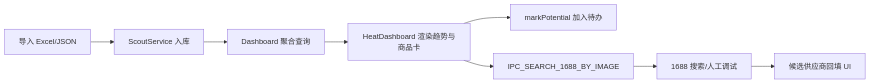
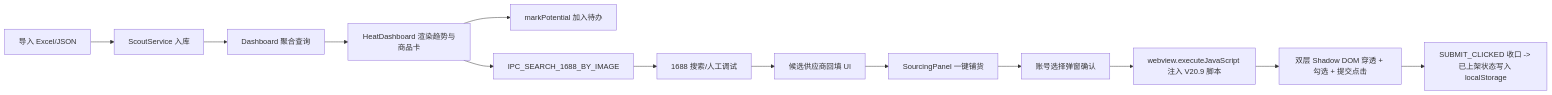
Before and after one commit to zizi5688/cms: the third of 4 diagrams in docs/architecture.md, drawn with Mermaid. The commit also changed other lines of this file and 15 other files, not shown here.

````diff
--- a/docs/architecture.md
+++ b/docs/architecture.md
@@ -65,10 +66,15 @@
 ```mermaid
 flowchart LR
   A["导入 Excel/JSON"] --> B["ScoutService 入库"]
   B --> C["Dashboard 聚合查询"]
   C --> D["HeatDashboard 渲染趋势与商品卡"]
   D --> E["markPotential 加入待办"]
   D --> F["IPC_SEARCH_1688_BY_IMAGE"]
   F --> G["1688 搜索/人工调试"]
   G --> H["候选供应商回填 UI"]
+  H --> I["SourcingPanel 一键铺货"]
+  I --> J["账号选择弹窗确认"]
+  J --> K["webview.executeJavaScript 注入 V20.9 脚本"]
+  K --> L["双层 Shadow DOM 穿透 + 勾选 + 提交点击"]
+  L --> M["SUBMIT_CLICKED 收口 -> 已上架状态写入 localStorage"]
 ```
````
